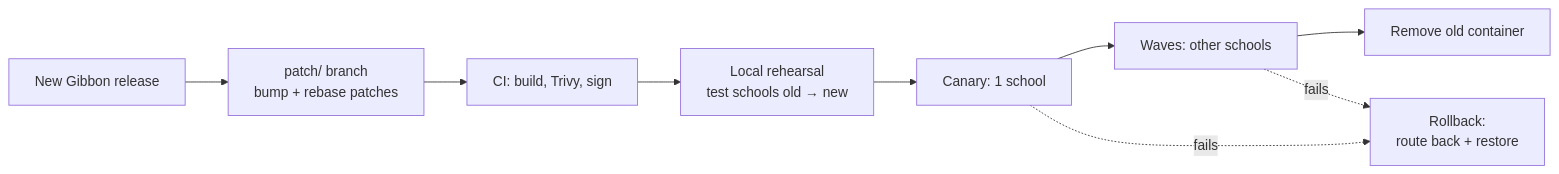
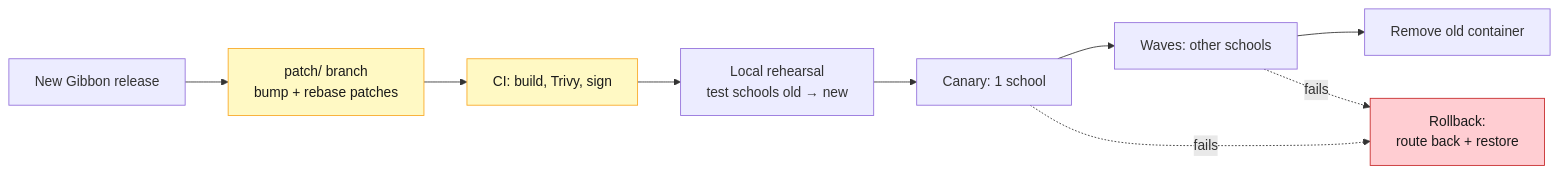
Before and after one commit to varunpathania86/nigu-lite: the tenth of 23 diagrams in master-plan.md, drawn with Mermaid. The commit also changed other lines of this file and 38 other files, not shown here.

````diff
--- a/master-plan.md
+++ b/master-plan.md
@@ -624,11 +689,15 @@
 ```mermaid
 flowchart LR
   R[New Gibbon release] --> B[patch/ branch<br/>bump + rebase patches]
   B --> CI[CI: build, Trivy, sign]
   CI --> L[Local rehearsal<br/>test schools old → new]
   L --> C[Canary: 1 school]
   C --> W[Waves: other schools]
   W --> F[Remove old container]
   C -. fails .-> RB[Rollback:<br/>route back + restore]
   W -. fails .-> RB
+  class B,CI tool
+  class RB fail
+  classDef tool fill:#fff9c4,stroke:#f9a825,color:#1a1a1a
+  classDef fail fill:#ffcdd2,stroke:#c62828,color:#1a1a1a
 ```
````
